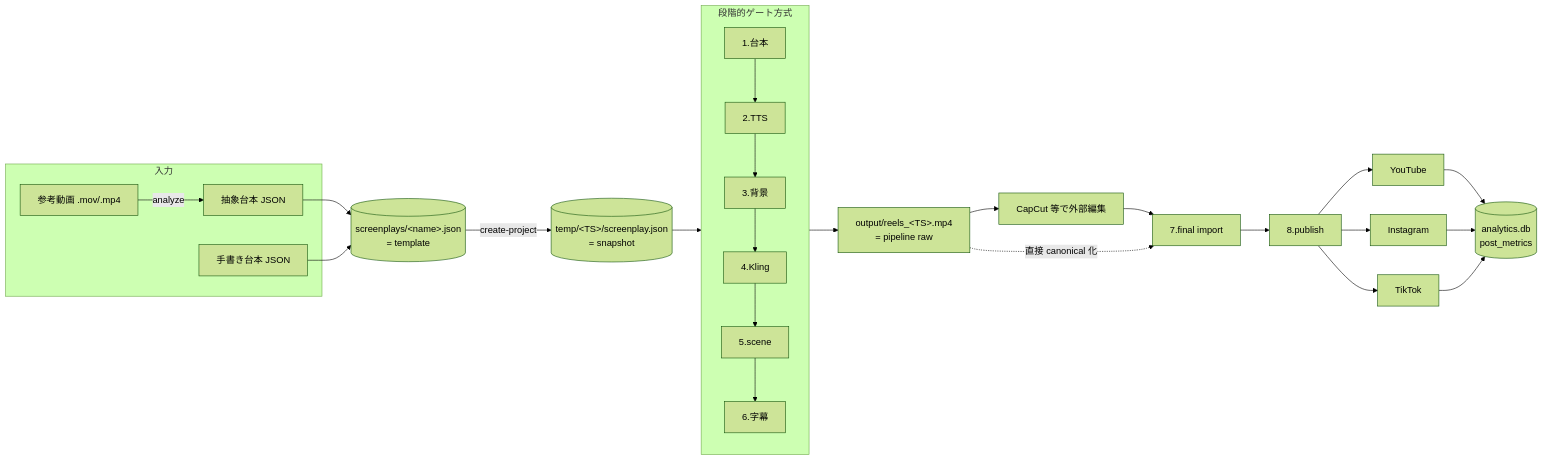
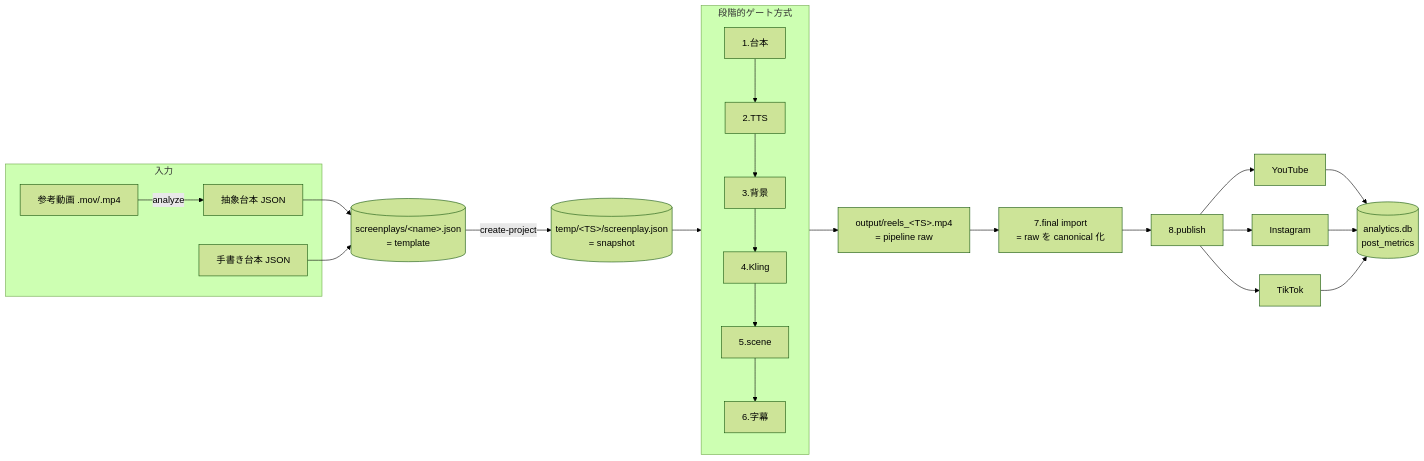
The diagram in docs/developments/architecture.md (HirotakaUchishiba/short-movie-generator), drawn with Mermaid (forest theme) before and after one commit. The commit also changed other lines of this file, not shown here.

Commit message:
chore: align architecture.md mermaid + Stage 7/8 description
PR #105 の主旨 (= 外部編集経路廃止) に合わせて、architecture.md の以下を更新:

- 全体構成 mermaid: RAW から外部編集ノードを経由して S7 に入る path を削除し、
  RAW --> S7 (raw を canonical 化) に統一
- §1 末尾の文章「Stage 7 / 8 はユーザの外部アクション」を「Stage 7 は auto_loop
  内部経路、Stage 8 はユーザの publish」に修正
- §3 技術スタック表の Stage 7 (取込) 行を「watchdog + 指紋検証 / librosa」から
  「raw を canonical 化 / 純ローカル、外部 API なし」に修正

````diff
--- a/docs/developments/architecture.md
+++ b/docs/developments/architecture.md
@@ -9,32 +9,30 @@
 ```mermaid
 flowchart LR
   subgraph 入力
     REF[参考動画 .mov/.mp4] -->|analyze| ABS[抽象台本 JSON]
     HAND[手書き台本 JSON]
   end
 
   ABS --> TPL[(screenplays/&lt;name&gt;.json<br/>= template)]
   HAND --> TPL
 
   TPL -->|create-project| SNAP[(temp/&lt;TS&gt;/screenplay.json<br/>= snapshot)]
 
   subgraph 段階的ゲート方式
     direction TB
     S1[1.台本] --> S2[2.TTS] --> S3[3.背景] --> S4[4.Kling] --> S5[5.scene] --> S6[6.字幕]
   end
 
   SNAP --> S1
   S6 --> RAW[output/reels_&lt;TS&gt;.mp4<br/>= pipeline raw]
-  RAW --> EXT[CapCut 等で外部編集]
-  EXT --> S7[7.final import]
-  RAW -.直接 canonical 化.-> S7
+  RAW --> S7[7.final import<br/>= raw を canonical 化]
   S7 --> S8[8.publish]
 
   S8 --> YT[YouTube]
   S8 --> IG[Instagram]
   S8 --> TT[TikTok]
 
   YT --> METRIC[(analytics.db<br/>post_metrics)]
   IG --> METRIC
   TT --> METRIC
 ```
````
